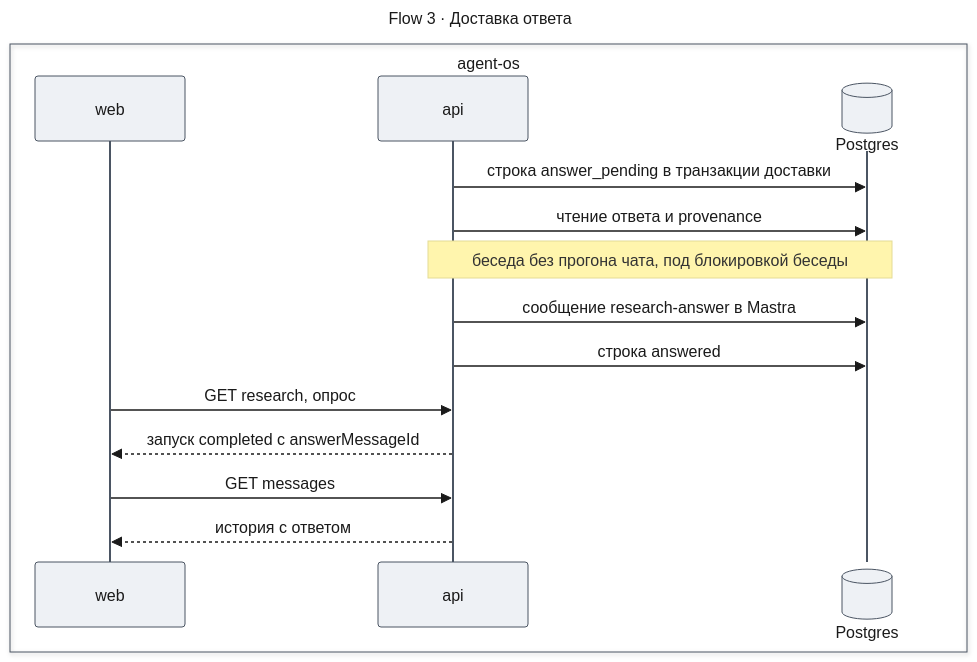
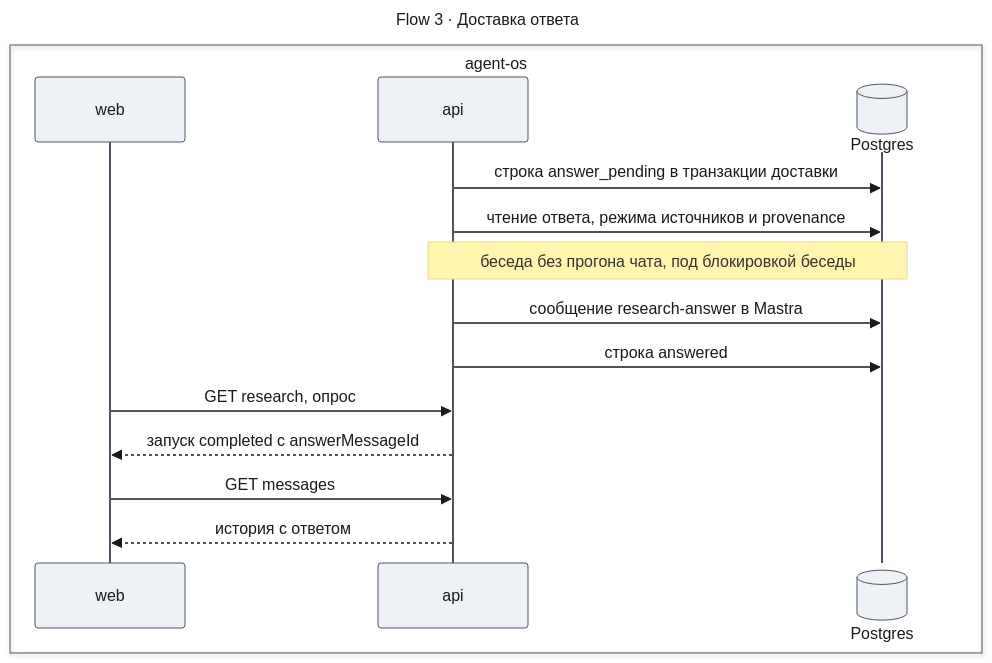
One commit to tundraray/agent-os changed the eighth of 11 diagrams in docs/features/deep-research/design-chat-entry.md. Above: the diagram before and after it, drawn with Mermaid. The commit also changed other lines of this file and 1 other file, not shown here.

````diff
--- a/docs/features/deep-research/design-chat-entry.md
+++ b/docs/features/deep-research/design-chat-entry.md
@@ -548,39 +566,39 @@
 ```mermaid
 ---
 title: "Flow 3 · Доставка ответа"
 config:
   theme: base
   look: classic
   themeVariables:
     primaryColor: "#eef1f5"
     primaryBorderColor: "#4b5563"
     primaryTextColor: "#1a1a1a"
     lineColor: "#6b7280"
   themeCSS: |
     @keyframes lit_f3{0%,11%{stroke:#991b1b;stroke-width:4px}12.5%,100%{stroke:#37474f;stroke-width:2px}}
     @keyframes litr_f3{0%,11%{stroke:#1d4ed8;stroke-width:4px}12.5%,100%{stroke:#37474f;stroke-width:2px}}
     .messageLine0[data-id='i0'],.messageLine1[data-id='i0']{animation:lit_f3 9.6s linear 0s infinite}
     .messageLine0[data-id='i1'],.messageLine1[data-id='i1']{animation:litr_f3 9.6s linear 1.2s infinite}
     .messageLine0[data-id='i3'],.messageLine1[data-id='i3']{animation:lit_f3 9.6s linear 2.4s infinite}
     .messageLine0[data-id='i4'],.messageLine1[data-id='i4']{animation:lit_f3 9.6s linear 3.6s infinite}
     .messageLine0[data-id='i5'],.messageLine1[data-id='i5']{animation:litr_f3 9.6s linear 4.8s infinite}
     .messageLine0[data-id='i6'],.messageLine1[data-id='i6']{animation:litr_f3 9.6s linear 6s infinite}
     .messageLine0[data-id='i7'],.messageLine1[data-id='i7']{animation:litr_f3 9.6s linear 7.2s infinite}
     .messageLine0[data-id='i8'],.messageLine1[data-id='i8']{animation:litr_f3 9.6s linear 8.4s infinite}
 ---
 sequenceDiagram
     box agent-os
     participant W as web
     participant A as api
     participant P@{ "type": "database" } as Postgres
     end
     A->>P: строка answer_pending в транзакции доставки
-    A->>P: чтение ответа и provenance
+    A->>P: чтение ответа, режима источников и provenance
     Note over A,P: беседа без прогона чата, под блокировкой беседы
     A->>P: сообщение research-answer в Mastra
     A->>P: строка answered
     W->>A: GET research, опрос
     A-->>W: запуск completed с answerMessageId
     W->>A: GET messages
     A-->>W: история с ответом
 ```
````
